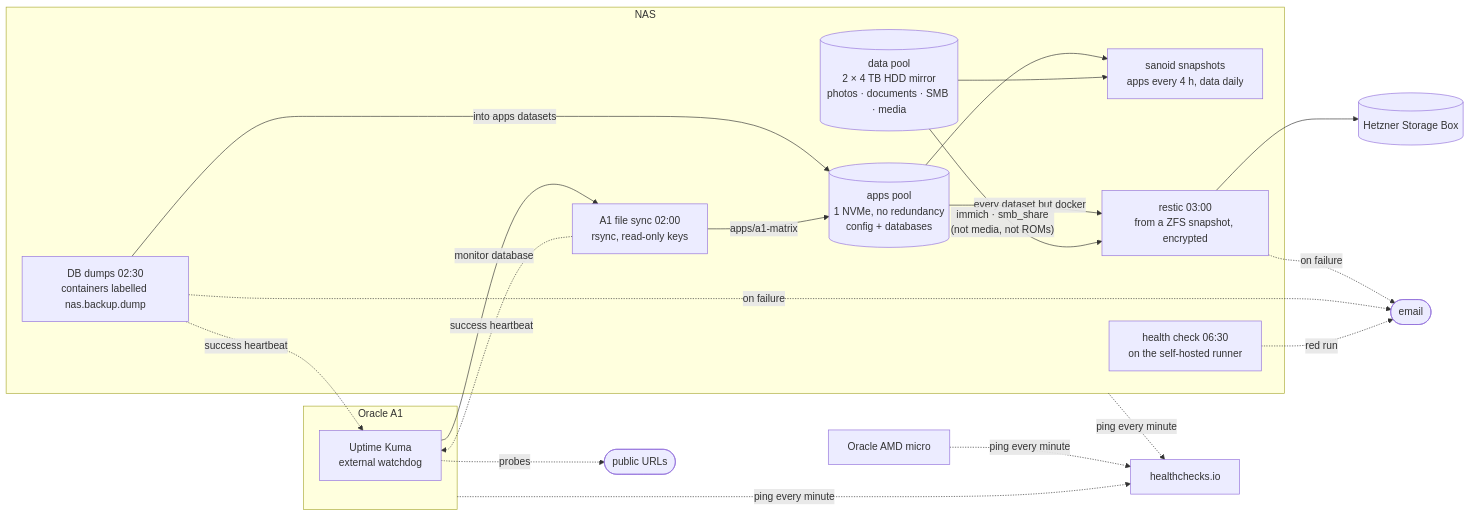
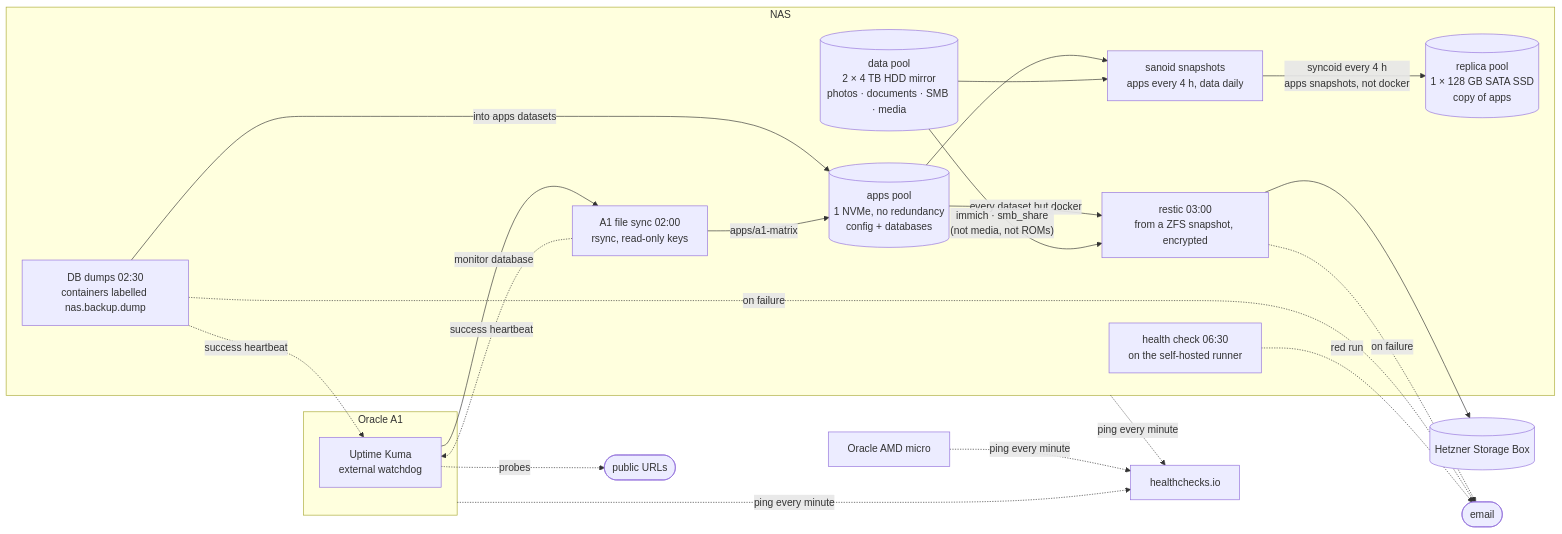
Before and after one commit to drizzelat/NAS-public: the sixth of 6 diagrams in docs/architecture.md, drawn with Mermaid. The commit also changed other lines of this file and 49 other files, not shown here.

````diff
--- a/docs/architecture.md
+++ b/docs/architecture.md
@@ -398,40 +398,42 @@
 ```mermaid
 flowchart LR
   subgraph nashost["NAS"]
     apps[("apps pool<br>1 NVMe, no redundancy<br>config + databases")]
     data[("data pool<br>2 × 4 TB HDD mirror<br>photos · documents · SMB · media")]
     snaps["sanoid snapshots<br>apps every 4 h, data daily"]
+    replica[("replica pool<br>1 × 128 GB SATA SSD<br>copy of apps")]
     dumps["DB dumps 02:30<br>containers labelled nas.backup.dump"]
     a1sync["A1 file sync 02:00<br>rsync, read-only keys"]
     chain["restic 03:00<br>from a ZFS snapshot, encrypted"]
     health["health check 06:30<br>on the self-hosted runner"]
   end
 
   subgraph a1host["Oracle A1"]
     kumaext["Uptime Kuma<br>external watchdog"]
   end
 
   microhost["Oracle AMD micro"]
   hetzner[("Hetzner Storage Box")]
   mail(["email"])
   hc["healthchecks.io"]
   publicurls(["public URLs"])
 
   apps --> snaps
   data --> snaps
+  snaps -->|"syncoid every 4 h<br>apps snapshots, not docker"| replica
   dumps -->|"into apps datasets"| apps
   kumaext -->|"monitor database"| a1sync
   a1sync -->|"apps/a1-matrix"| apps
   apps -->|"every dataset but docker"| chain
   data -->|"immich · smb_share<br>(not media, not ROMs)"| chain
   chain --> hetzner
   chain -.->|"on failure"| mail
   dumps -.->|"on failure"| mail
   health -.->|"red run"| mail
   dumps -.->|"success heartbeat"| kumaext
   a1sync -.->|"success heartbeat"| kumaext
   kumaext -.->|"probes"| publicurls
   nashost -.->|"ping every minute"| hc
   a1host -.->|"ping every minute"| hc
   microhost -.->|"ping every minute"| hc
 ```
````
